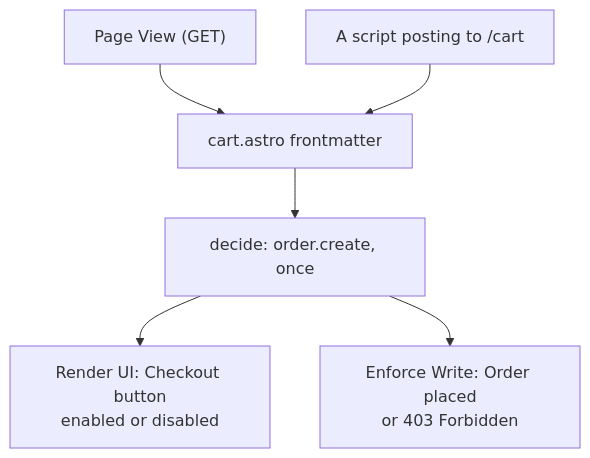
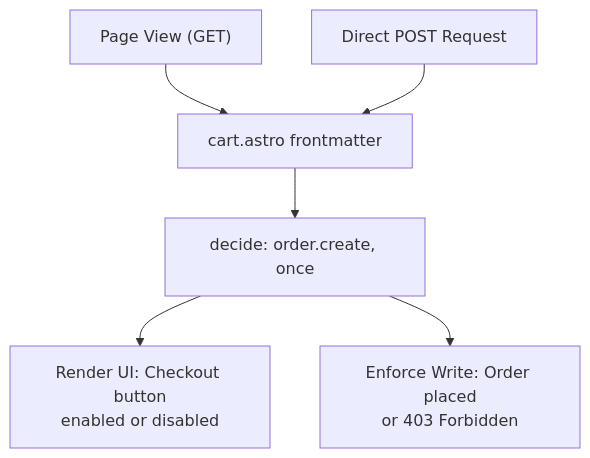
The diagram in apps/docs/content/next/acl/astro.mdx (Evanion/libraries), drawn with Mermaid before and after one commit. The commit also changed other lines of this file and 53 other files, not shown here.

````diff
--- a/apps/docs/content/next/acl/astro.mdx
+++ b/apps/docs/content/next/acl/astro.mdx
@@ -42,8 +42,8 @@
 ```mermaid caption="The unified authorization flow in Astro. Both the page view and a direct POST enter the same frontmatter, which resolves the permission once. This single verdict is then used to both render the UI and enforce the write path."
 flowchart TD
   V["Page View (GET)"] --> F["cart.astro frontmatter"]
-  C["A script posting to /cart"] --> F
+  C["Direct POST Request"] --> F
   F --> D["decide: order.create, once"]:::accent
   D --> R["Render UI: Checkout button<br>enabled or disabled"]
   D --> W["Enforce Write: Order placed<br>or 403 Forbidden"]
 ```
````
